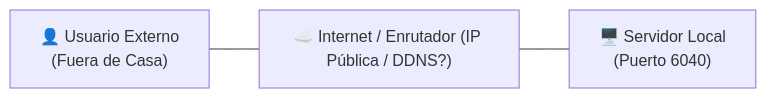
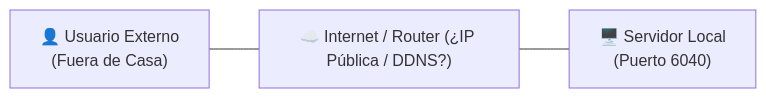
Before and after one commit to Librefolio/LibreFolio: the first of 5 diagrams in mkdocs_src/docs/admin/tailscale_exposure.es.md, drawn with Mermaid. The commit also changed other lines of this file and 13 other files, not shown here.

````diff
--- a/mkdocs_src/docs/admin/tailscale_exposure.es.md
+++ b/mkdocs_src/docs/admin/tailscale_exposure.es.md
@@ -23,5 +23,5 @@
 ```mermaid
 graph LR
-    User["👤 Usuario Externo<br>(Fuera de Casa)"] --- Cloud["☁️ Internet / Enrutador (IP Pública / DDNS?)"]
-    Cloud --- Server["🖥️ Servidor Local<br>(Puerto 6040)"]
+ User["👤 Usuario Externo<br>(Fuera de Casa)"] --- Cloud["☁️ Internet / Router (¿IP Pública / DDNS?)"]
+ Cloud --- Server["🖥️ Servidor Local<br>(Puerto 6040)"]
 ```
````
